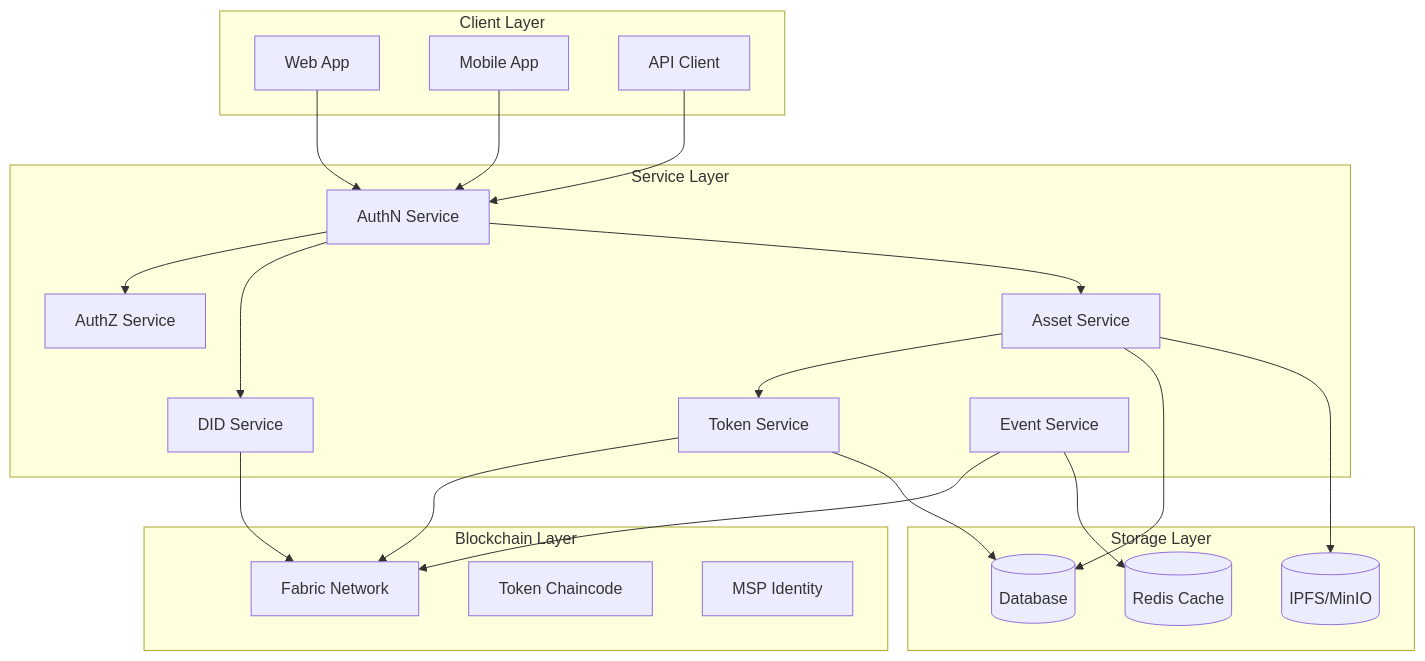
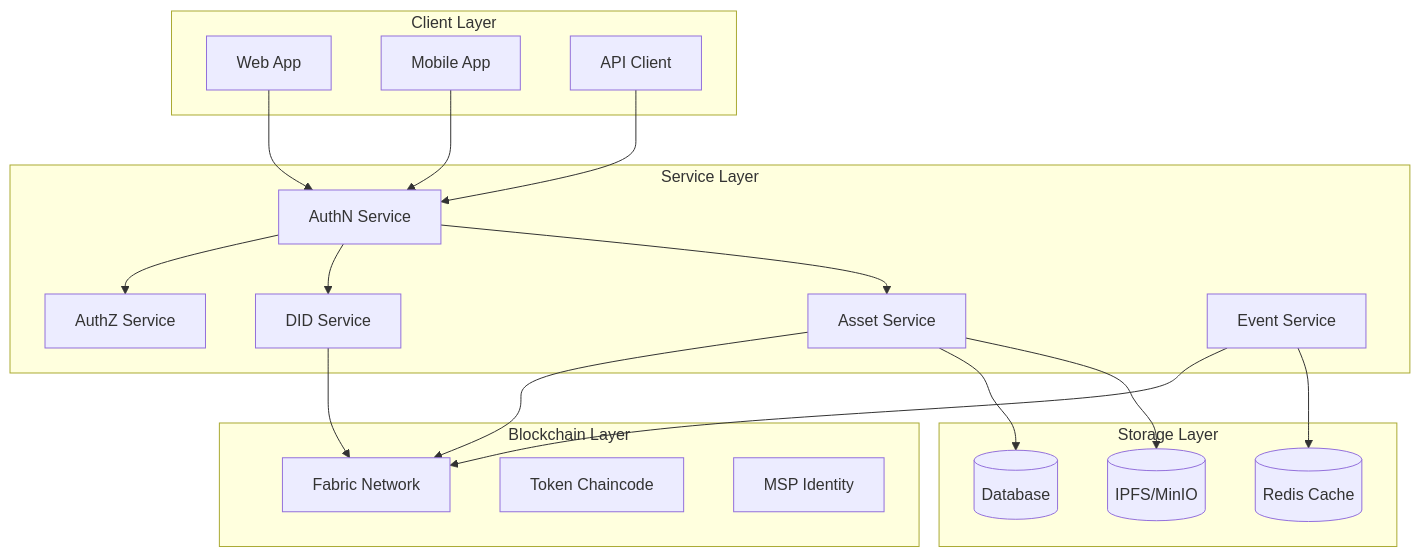
One commit to metafi-blockchain/metafi-digital-assets-service changed the first of 6 diagrams in docs/rd.vi.md. Above: the diagram before and after it, drawn with Mermaid. The commit also changed other lines of this file and 1 other file, not shown here.

````diff
--- a/docs/rd.vi.md
+++ b/docs/rd.vi.md
@@ -35,47 +35,44 @@
 ```mermaid
 graph TD
     subgraph "Client Layer"
         Web[Web App]
         Mobile[Mobile App]
         API[API Client]
     end
 
     subgraph "Service Layer"
         AuthN[AuthN Service]
         AuthZ[AuthZ Service]
         DID[DID Service]
         Asset[Asset Service]
-        Token[Token Service]
         Event[Event Service]
     end
 
     subgraph "Blockchain Layer"
         Fabric[Fabric Network]
         Chaincode[Token Chaincode]
         MSP[MSP Identity]
     end
 
     subgraph "Storage Layer"
         DB[(Database)]
         Cache[(Redis Cache)]
         Storage[(IPFS/MinIO)]
     end
 
     Web --> AuthN
     Mobile --> AuthN
     API --> AuthN
 
     AuthN --> AuthZ
     AuthN --> DID
     AuthN --> Asset
 
-    Asset --> Token
-    Token --> Fabric
+    Asset --> Fabric
     DID --> Fabric
     Event --> Fabric
 
     Asset --> DB
-    Token --> DB
     Event --> Cache
     Asset --> Storage
 ```
````
